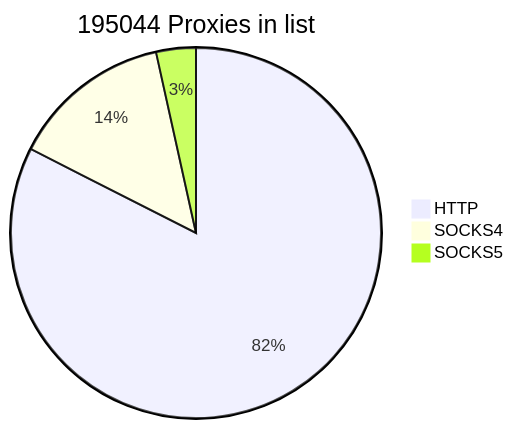
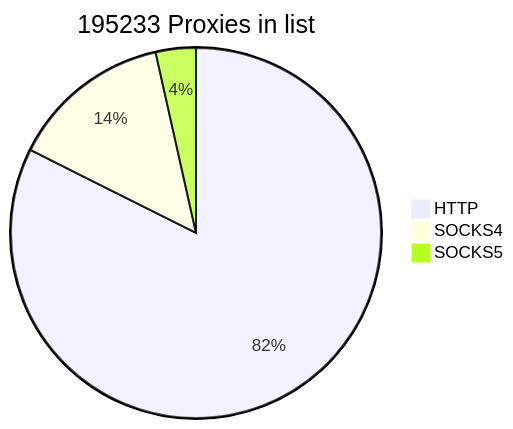
The first of 2 diagrams in README.md (cutipu/proxylist), drawn with Mermaid before and after one commit. The commit also changed other lines of this file, not shown here.

````diff
--- a/README.md
+++ b/README.md
@@ -2,7 +2,7 @@
 ```mermaid
-pie title 195044 Proxies in list
-    "HTTP" : 160885
-    "SOCKS4" : 27404
-    "SOCKS5" : 6755
+pie title 195233 Proxies in list
+    "HTTP" : 160881
+    "SOCKS4" : 27510
+    "SOCKS5" : 6842
             
 ```
````
